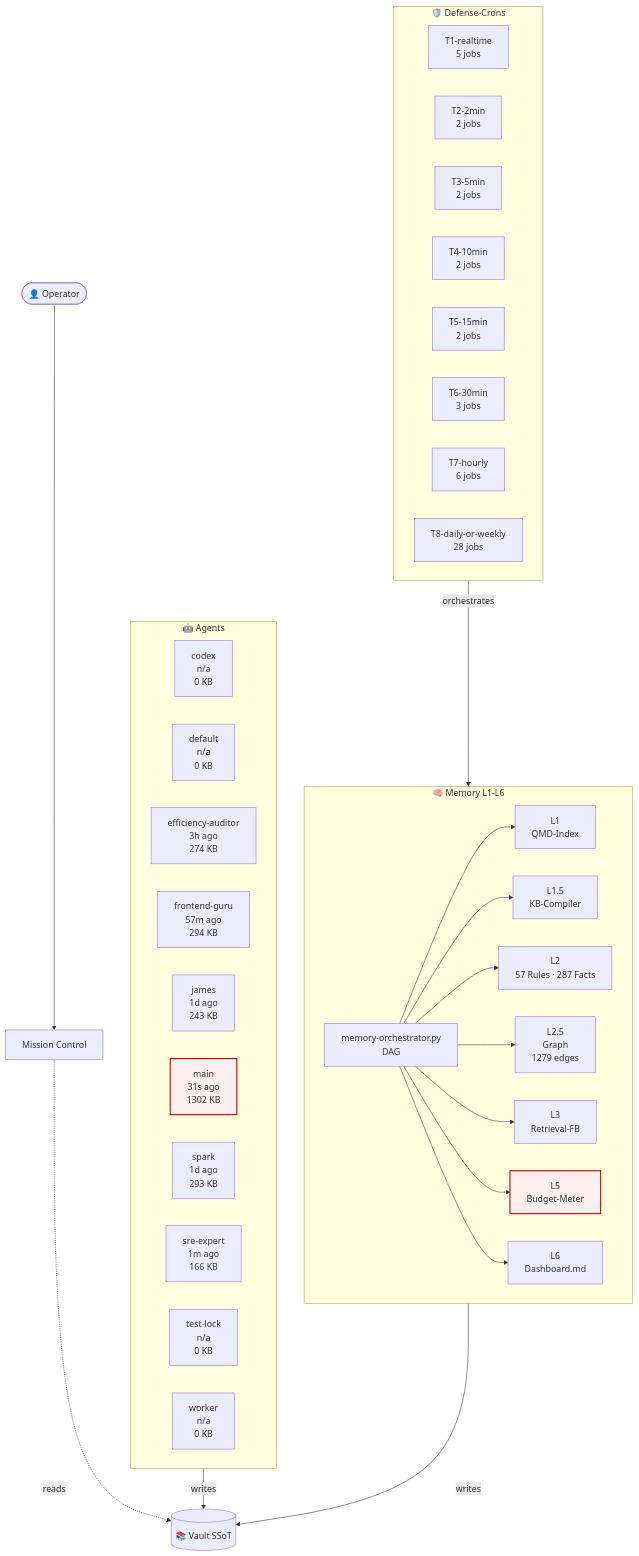
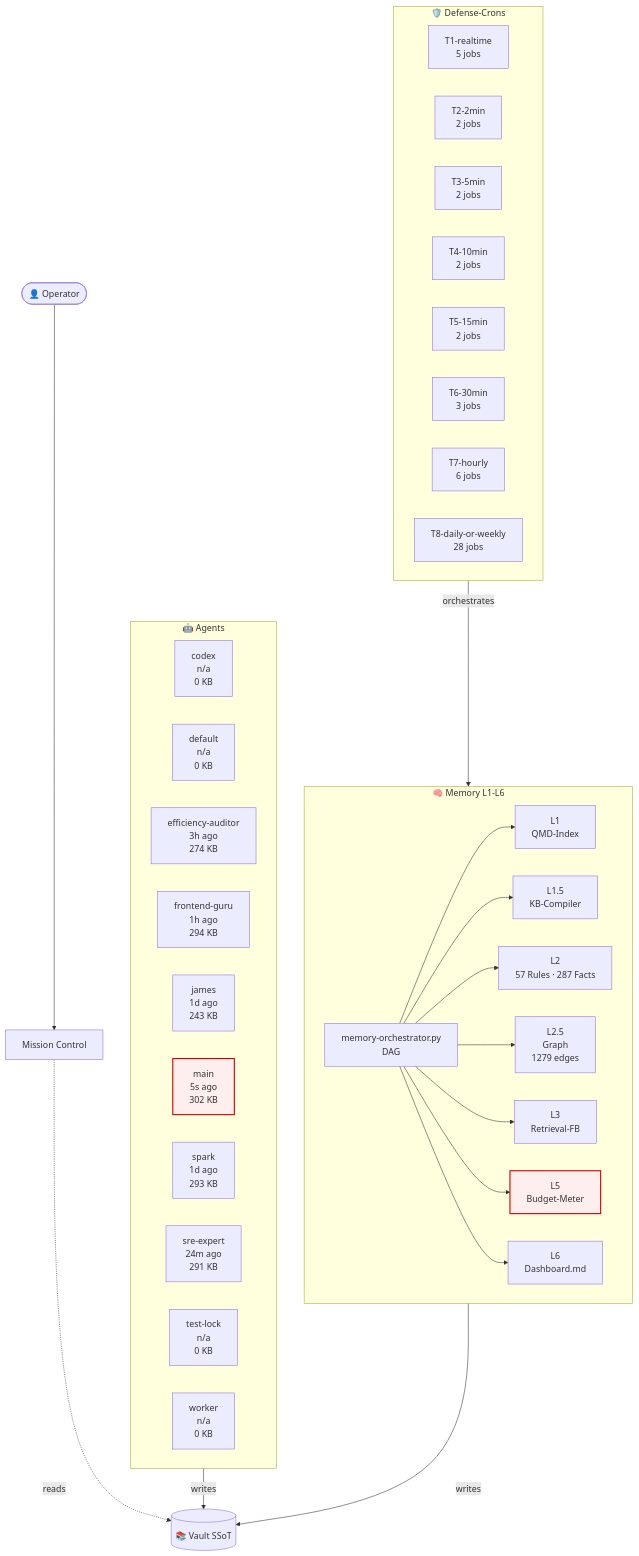
One commit to lenardhuebner88-rgb/openclaw-memory changed the diagram in 03-Agents/architecture-live.md. Above: the diagram before and after it, drawn with Mermaid. The commit also changed other lines of this file and 20 other files, not shown here.

````diff
--- a/03-Agents/architecture-live.md
+++ b/03-Agents/architecture-live.md
@@ -18,53 +18,53 @@
 ```mermaid
 flowchart TB
     classDef critical fill:#fee,stroke:#c00,stroke-width:2px;
     subgraph AGT["🤖 Agents"]
         agent_codex["codex<br/>n/a<br/>0 KB"]
         agent_default["default<br/>n/a<br/>0 KB"]
         agent_efficiency_auditor["efficiency-auditor<br/>3h ago<br/>274 KB"]
-        agent_frontend_guru["frontend-guru<br/>57m ago<br/>294 KB"]
+        agent_frontend_guru["frontend-guru<br/>1h ago<br/>294 KB"]
         agent_james["james<br/>1d ago<br/>243 KB"]
-        agent_main["main<br/>31s ago<br/>1302 KB"]
+        agent_main["main<br/>5s ago<br/>302 KB"]
         agent_spark["spark<br/>1d ago<br/>293 KB"]
-        agent_sre_expert["sre-expert<br/>1m ago<br/>166 KB"]
+        agent_sre_expert["sre-expert<br/>24m ago<br/>291 KB"]
         agent_test_lock["test-lock<br/>n/a<br/>0 KB"]
         agent_worker["worker<br/>n/a<br/>0 KB"]
     end
     subgraph MEM["🧠 Memory L1-L6"]
         L1["L1<br/>QMD-Index"]
         L15["L1.5<br/>KB-Compiler"]
         L2["L2<br/>57 Rules · 287 Facts"]
         L25["L2.5<br/>Graph<br/>1279 edges"]
         L3["L3<br/>Retrieval-FB"]
         L5["L5<br/>Budget-Meter"]
         L6["L6<br/>Dashboard.md"]
         ORCH["memory-orchestrator.py<br/>DAG"]
     end
     subgraph CRN["🛡️ Defense-Crons"]
         tier_T1_realtime["T1-realtime<br/>5 jobs"]
         tier_T2_2min["T2-2min<br/>2 jobs"]
         tier_T3_5min["T3-5min<br/>2 jobs"]
         tier_T4_10min["T4-10min<br/>2 jobs"]
         tier_T5_15min["T5-15min<br/>2 jobs"]
         tier_T6_30min["T6-30min<br/>3 jobs"]
         tier_T7_hourly["T7-hourly<br/>6 jobs"]
         tier_T8_daily_or_weekly["T8-daily-or-weekly<br/>28 jobs"]
     end
     VAULT[("📚 Vault SSoT")]
     OP([👤 Operator])
     MC["Mission Control"]
     OP --> MC
     MC -.reads.-> VAULT
     AGT -->|writes| VAULT
     MEM -->|writes| VAULT
     ORCH --> L1
     ORCH --> L15
     ORCH --> L2
     ORCH --> L25
     ORCH --> L3
     ORCH --> L5
     ORCH --> L6
     CRN -->|orchestrates| MEM
     class L5 critical
     class agent_main critical
 ```
````
